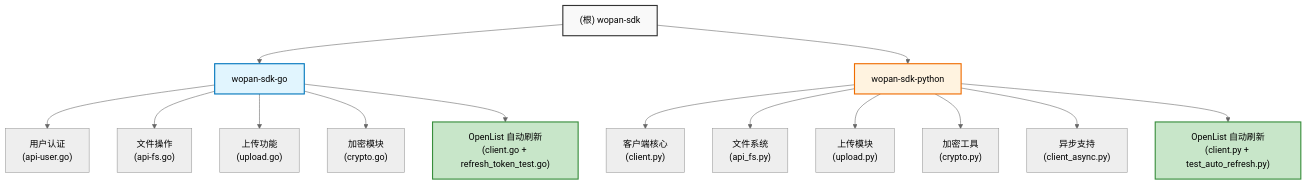
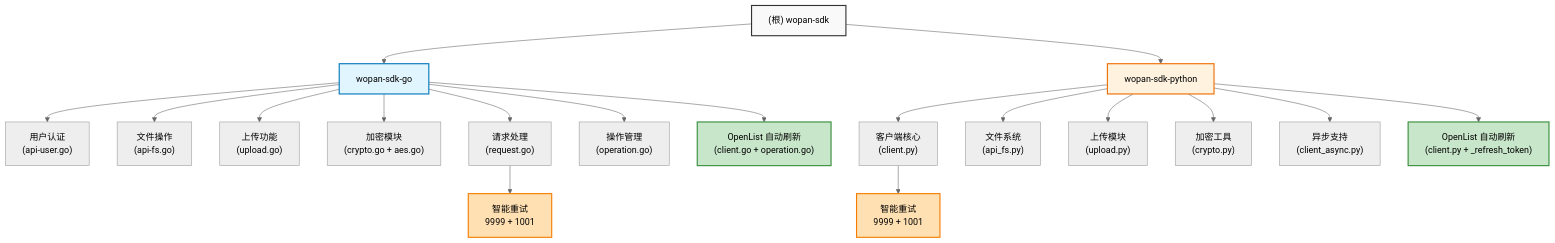
The diagram in wopan-sdk/CLAUDE.md (unwenliu/frigate), drawn with Mermaid (neutral theme) before and after one commit. The commit also changed other lines of this file and 16 other files, not shown here.

````diff
--- a/wopan-sdk/CLAUDE.md
+++ b/wopan-sdk/CLAUDE.md
@@ -57,28 +60,35 @@
 ```mermaid
 graph TD
     A["(根) wopan-sdk"]
     A --> B["wopan-sdk-go"]
     A --> C["wopan-sdk-python"]
 
     B --> B1["用户认证<br/>(api-user.go)"]
     B --> B2["文件操作<br/>(api-fs.go)"]
     B --> B3["上传功能<br/>(upload.go)"]
-    B --> B4["加密模块<br/>(crypto.go)"]
-    B --> B5["OpenList 自动刷新<br/>(client.go + refresh_token_test.go)"]
+    B --> B4["加密模块<br/>(crypto.go + aes.go)"]
+    B --> B5["请求处理<br/>(request.go)"]
+    B --> B6["操作管理<br/>(operation.go)"]
+    B --> B7["OpenList 自动刷新<br/>(client.go + operation.go)"]
 
     C --> C1["客户端核心<br/>(client.py)"]
     C --> C2["文件系统<br/>(api_fs.py)"]
     C --> C3["上传模块<br/>(upload.py)"]
     C --> C4["加密工具<br/>(crypto.py)"]
     C --> C5["异步支持<br/>(client_async.py)"]
-    C --> C6["OpenList 自动刷新<br/>(client.py + test_auto_refresh.py)"]
+    C --> C6["OpenList 自动刷新<br/>(client.py + _refresh_token)"]
+
+    B5 --> B5_1["智能重试<br/>9999 + 1001"]
+    C1 --> C1_1["智能重试<br/>9999 + 1001"]
 
     style A fill:#f9f9f9,stroke:#333,stroke-width:2px
     style B fill:#e1f5fe,stroke:#0277bd,stroke-width:2px
     style C fill:#fff3e0,stroke:#ef6c00,stroke-width:2px
-    style B5 fill:#c8e6c9,stroke:#388e3c,stroke-width:2px
+    style B7 fill:#c8e6c9,stroke:#388e3c,stroke-width:2px
     style C6 fill:#c8e6c9,stroke:#388e3c,stroke-width:2px
+    style B5_1 fill:#ffe0b2,stroke:#f57c00,stroke-width:2px
+    style C1_1 fill:#ffe0b2,stroke:#f57c00,stroke-width:2px
 
     click B "./wopan-sdk-go/CLAUDE.md" "查看 Go SDK 模块文档"
     click C "./wopan-sdk-python/CLAUDE.md" "查看 Python SDK 模块文档"
 ```
````
